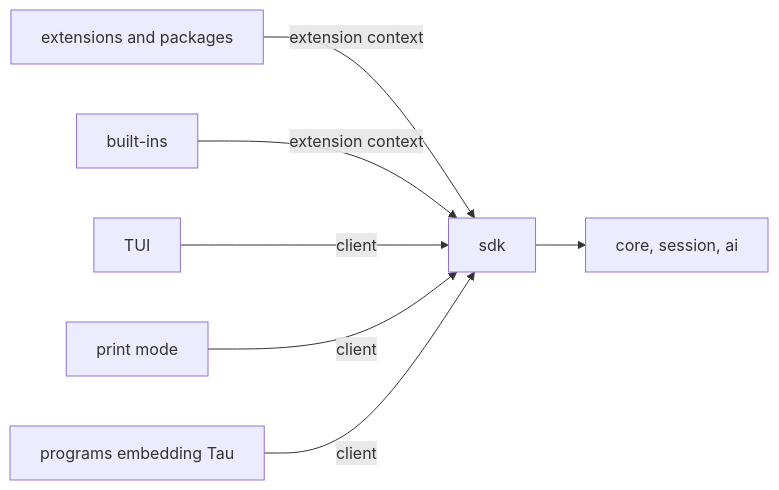
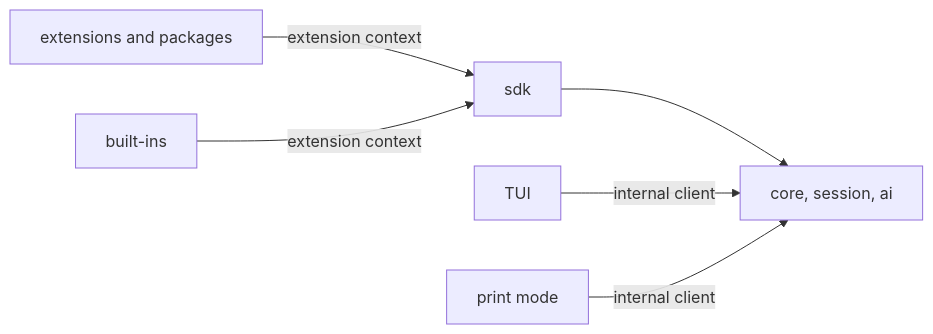
The diagram in docs/plan/sdk.md (shanepadgett/tau-agent), drawn with Mermaid before and after one commit. The commit also changed other lines of this file and 12 other files, not shown here.

````diff
--- a/docs/plan/sdk.md
+++ b/docs/plan/sdk.md
@@ -30,9 +30,8 @@
 ```mermaid
 flowchart LR
   ext["extensions and packages"] -->|"extension context"| sdk["sdk"]
   builtin["built-ins"] -->|"extension context"| sdk
-  tui["TUI"] -->|"client"| sdk
-  print["print mode"] -->|"client"| sdk
-  embed["programs embedding Tau"] -->|"client"| sdk
   sdk --> core["core, session, ai"]
+  tui["TUI"] -->|"internal client"| core
+  print["print mode"] -->|"internal client"| core
 ```
````
